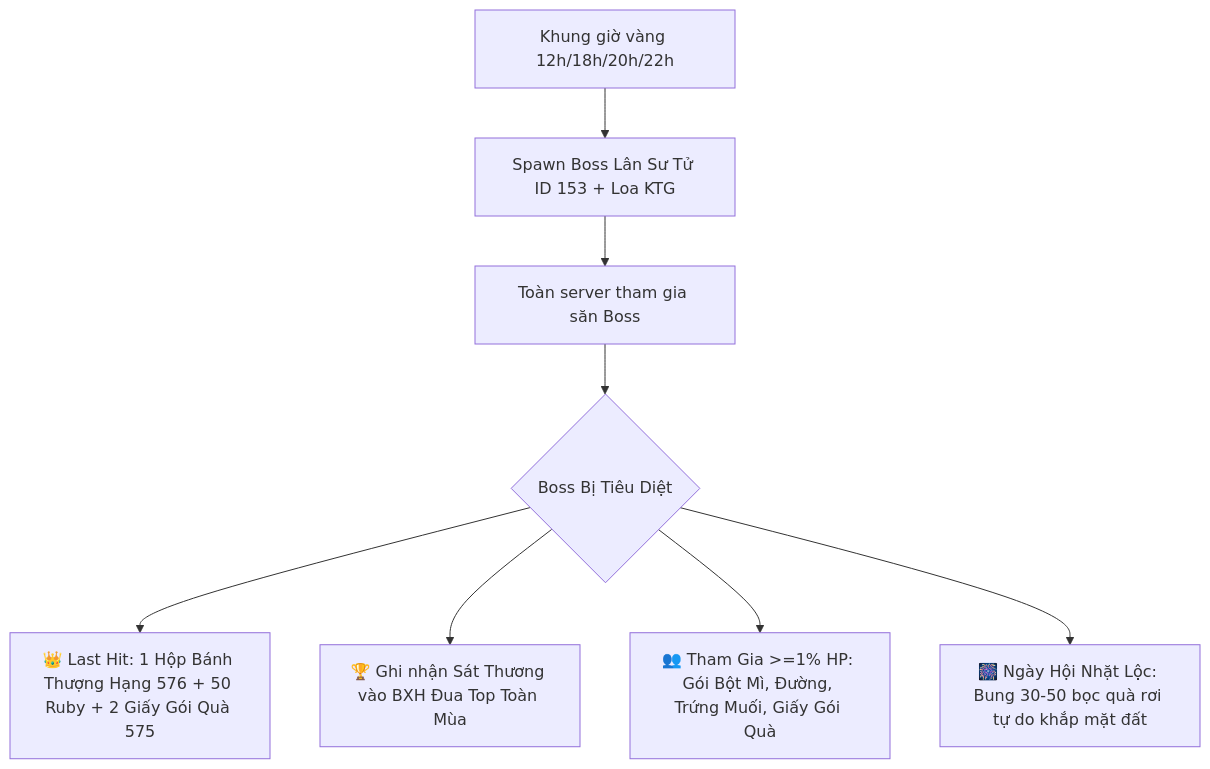
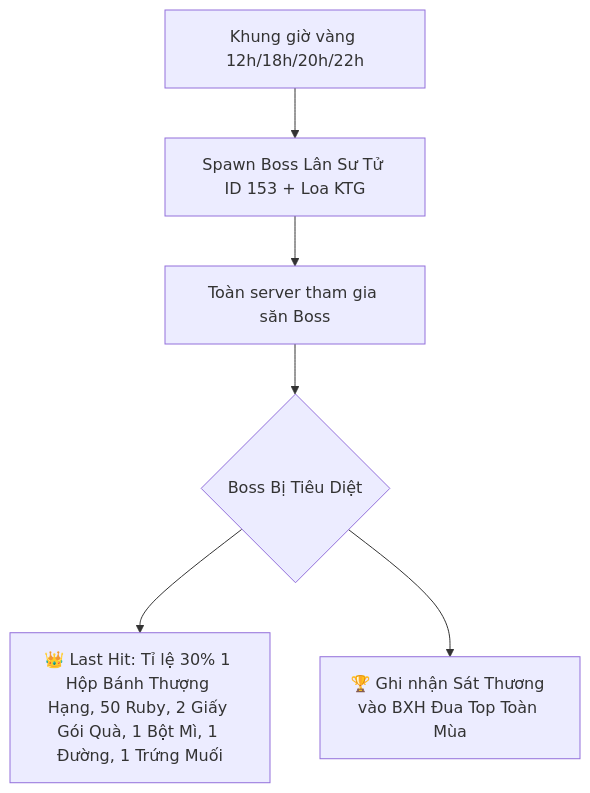
One commit to tanduong43/GameHTTH changed the diagram in htth_project/implementation_plan.md. Above: the diagram before and after it, drawn with Mermaid. The commit also changed other lines of this file and 11 other files, not shown here.

````diff
--- a/htth_project/implementation_plan.md
+++ b/htth_project/implementation_plan.md
@@ -89,10 +89,8 @@
 ```mermaid
 graph TD
     A[Khung giờ vàng 12h/18h/20h/22h] --> B[Spawn Boss Lân Sư Tử ID 153 + Loa KTG]
     B --> C[Toàn server tham gia săn Boss]
     C --> D{Boss Bị Tiêu Diệt}
-    D --> E[👑 Last Hit: 1 Hộp Bánh Thượng Hạng 576 + 50 Ruby + 2 Giấy Gói Quà 575]
+    D --> E[👑 Last Hit: Tỉ lệ 30% 1 Hộp Bánh Thượng Hạng, 50 Ruby, 2 Giấy Gói Quà, 1 Bột Mì, 1 Đường, 1 Trứng Muối]
     D --> F[🏆 Ghi nhận Sát Thương vào BXH Đua Top Toàn Mùa]
-    D --> G[👥 Tham Gia >=1% HP: Gói Bột Mì, Đường, Trứng Muối, Giấy Gói Quà]
-    D --> H[🎆 Ngày Hội Nhặt Lộc: Bung 30-50 bọc quà rơi tự do khắp mặt đất]
 ```
````
